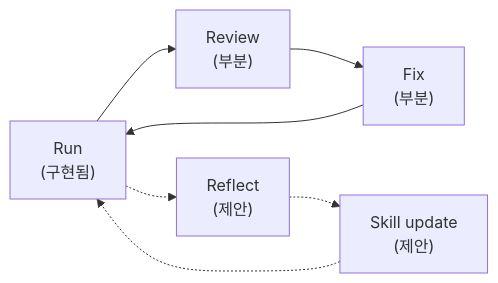
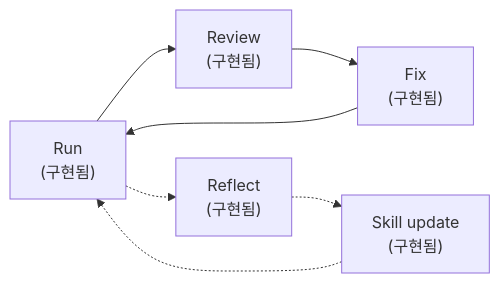
The third of 4 diagrams in README.ko.md (bumstone/Causality), drawn with Mermaid before and after one commit. The commit also changed other lines of this file and 1 other file, not shown here.

````diff
--- a/README.ko.md
+++ b/README.ko.md
@@ -120,9 +120,9 @@
 ```mermaid
 flowchart LR
-    RUN["Run<br/>(구현됨)"] --> REVIEW["Review<br/>(부분)"]
-    REVIEW --> FIX["Fix<br/>(부분)"]
+    RUN["Run<br/>(구현됨)"] --> REVIEW["Review<br/>(구현됨)"]
+    REVIEW --> FIX["Fix<br/>(구현됨)"]
     FIX --> RUN
-    RUN -.-> REFLECT["Reflect<br/>(제안)"]
-    REFLECT -.-> SKILL["Skill update<br/>(제안)"]
+    RUN -.-> REFLECT["Reflect<br/>(구현됨)"]
+    REFLECT -.-> SKILL["Skill update<br/>(구현됨)"]
     SKILL -.-> RUN
 ```
````
